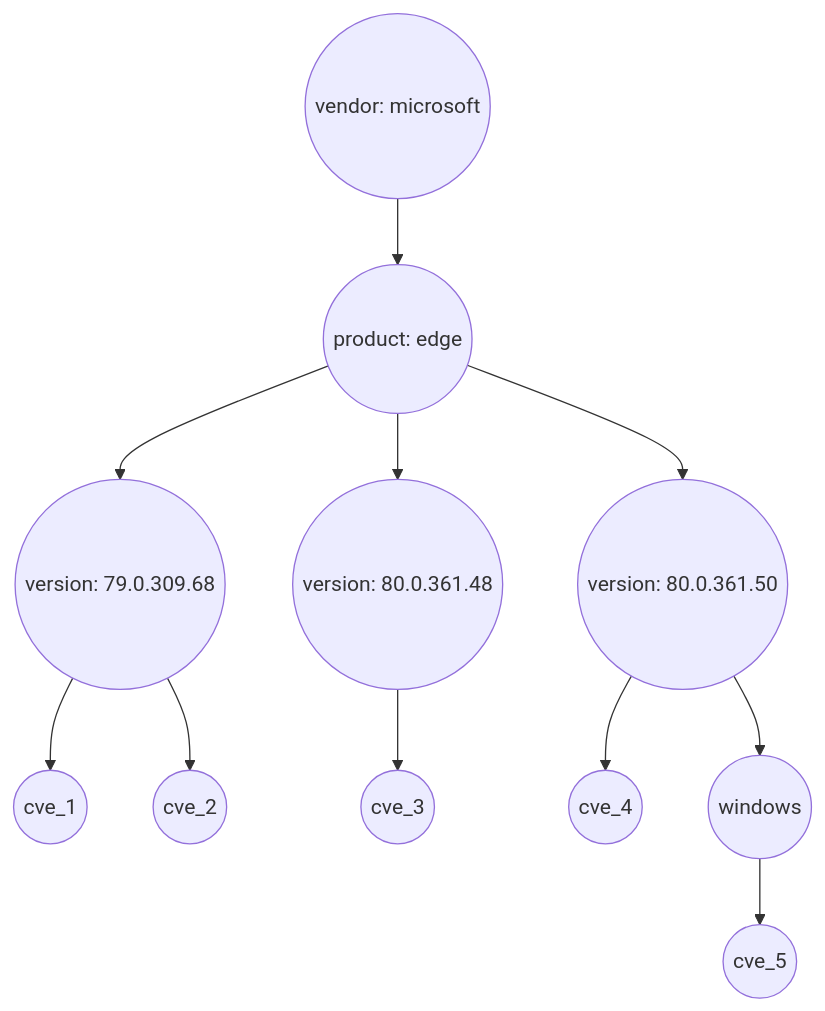
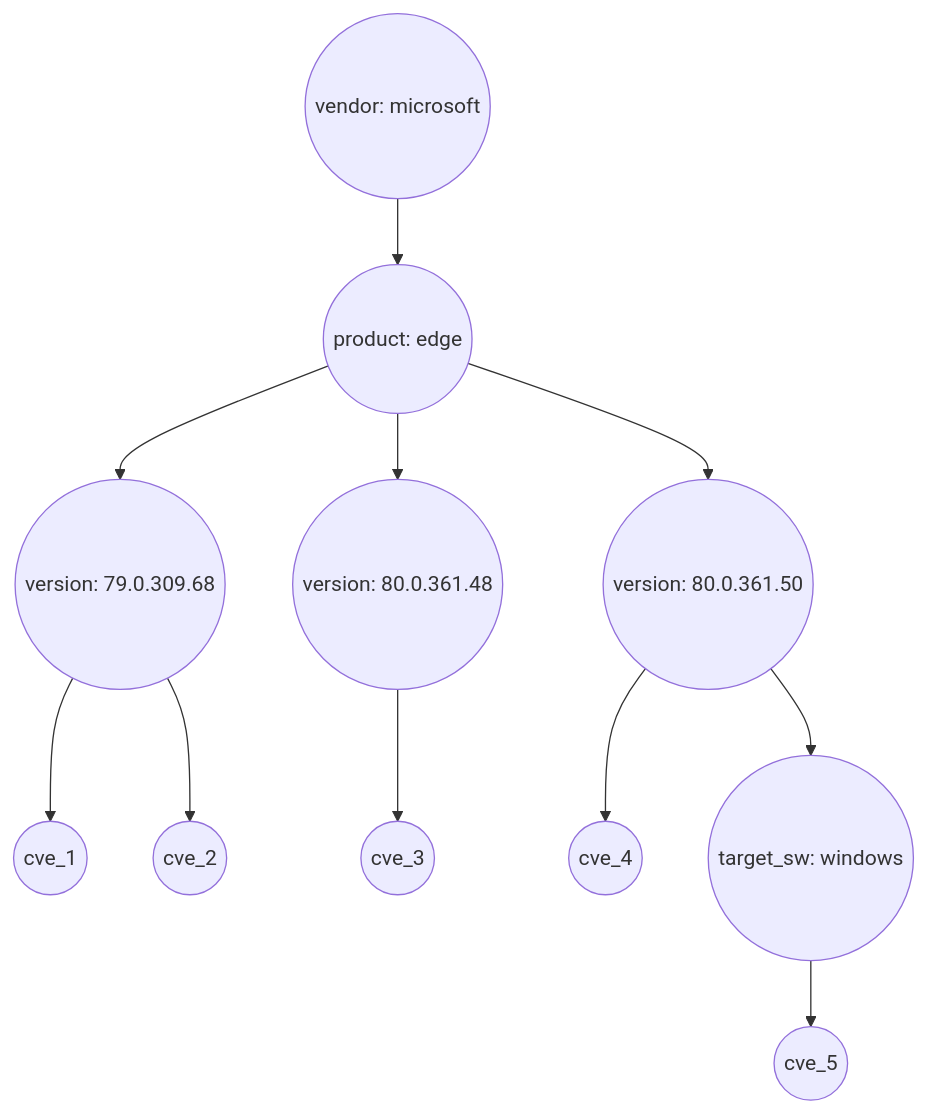
Before and after one commit to fleetdm/fleet: the first of 3 diagrams in proposals/improv-mac-os-vuln-detection.md, drawn with Mermaid. The commit also changed other lines of this file, not shown here.

````diff
--- a/proposals/improv-mac-os-vuln-detection.md
+++ b/proposals/improv-mac-os-vuln-detection.md
@@ -28,13 +28,13 @@
 ```mermaid
 flowchart TD 
     id1((vendor: microsoft)) --> id2((product: edge))
     id2((product: edge)) --> id3((version: 79.0.309.68))
     id2((product: edge)) --> id4((version: 80.0.361.48))
     id2((product: edge)) --> id5((version: 80.0.361.50))
     id3((version: 79.0.309.68)) --> id6((cve_1))
     id3((version: 79.0.309.68)) --> id7((cve_2))
     id4((version: 80.0.361.48)) --> id8((cve_3))
     id5((version: 80.0.361.50)) --> id9((cve_4))
-    id5((version: 80.0.361.50)) --> id10((windows))
-    id10((windows)) --> id11((cve_5))
+    id5((version: 80.0.361.50)) --> id10((target_sw: windows))
+    id10((target_sw: windows)) --> id11((cve_5))
 ```
````
